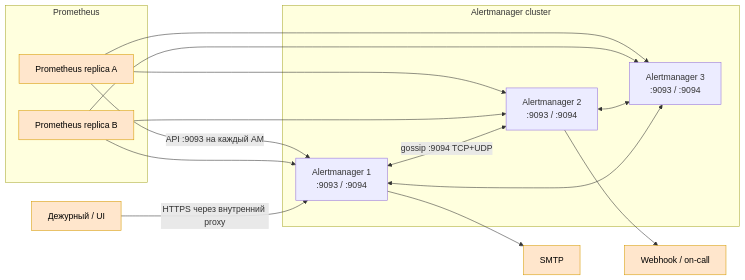
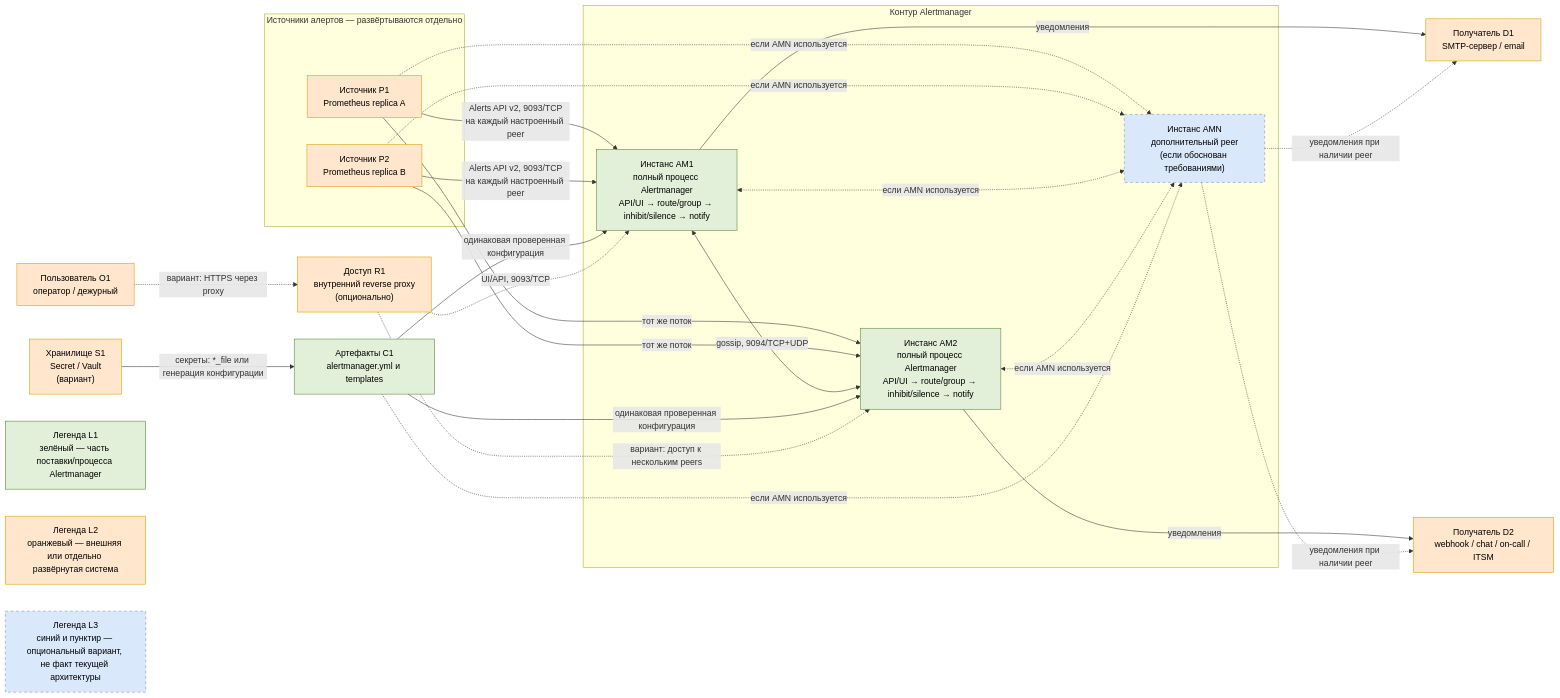
The diagram in Out/Платформенная инфра/AlterManager/AlterManager.md (StrannikE95/WORK-platform_companents), drawn with Mermaid before and after one commit. The commit also changed other lines of this file and 34 other files, not shown here.

````diff
--- a/Out/Платформенная инфра/AlterManager/AlterManager.md
+++ b/Out/Платформенная инфра/AlterManager/AlterManager.md
@@ -43,31 +43,57 @@
 ```mermaid
 flowchart LR
-  subgraph prom["Prometheus"]
-    P1["Prometheus replica A"]
-    P2["Prometheus replica B"]
+  subgraph sources["Источники алертов — развёртываются отдельно"]
+    P1["Источник P1<br/>Prometheus replica A"]
+    P2["Источник P2<br/>Prometheus replica B"]
   end
-  subgraph am["Alertmanager cluster"]
-    A1["Alertmanager 1\n:9093 / :9094"]
-    A2["Alertmanager 2\n:9093 / :9094"]
-    A3["Alertmanager 3\n:9093 / :9094"]
+
+  RP["Доступ R1<br/>внутренний reverse proxy<br/>(опционально)"]
+  OP["Пользователь O1<br/>оператор / дежурный"]
+  CFG["Артефакты C1<br/>alertmanager.yml и templates"]
+  SEC["Хранилище S1<br/>Secret / Vault<br/>(вариант)"]
+
+  subgraph cluster["Контур Alertmanager"]
+    A1["Инстанс AM1<br/>полный процесс Alertmanager<br/>API/UI → route/group → inhibit/silence → notify"]
+    A2["Инстанс AM2<br/>полный процесс Alertmanager<br/>API/UI → route/group → inhibit/silence → notify"]
+    A3["Инстанс AMN<br/>дополнительный peer<br/>(если обоснован требованиями)"]
   end
-  MAIL["SMTP"]
-  WEB["Webhook / on-call"]
-  USER["Дежурный / UI"]
 
-  P1 -->|"API :9093 на каждый AM"| A1
-  P1 --> A2
-  P1 --> A3
-  P2 --> A1
-  P2 --> A2
-  P2 --> A3
-  A1 <-->|"gossip :9094 TCP+UDP"| A2
-  A2 <--> A3
-  A1 <--> A3
-  A1 --> MAIL
-  A2 --> WEB
-  USER -->|"HTTPS через внутренний proxy"| A1
+  SMTP["Получатель D1<br/>SMTP-сервер / email"]
+  HOOK["Получатель D2<br/>webhook / chat / on-call / ITSM"]
 
+  P1 -->|"Alerts API v2, 9093/TCP<br/>на каждый настроенный peer"| A1
+  P1 -->|"тот же поток"| A2
+  P1 -.->|"если AMN используется"| A3
+  P2 -->|"Alerts API v2, 9093/TCP<br/>на каждый настроенный peer"| A1
+  P2 -->|"тот же поток"| A2
+  P2 -.->|"если AMN используется"| A3
+
+  A1 <-->|"gossip, 9094/TCP+UDP"| A2
+  A1 <-.->|"если AMN используется"| A3
+  A2 <-.->|"если AMN используется"| A3
+
+  CFG -->|"одинаковая проверенная конфигурация"| A1
+  CFG -->|"одинаковая проверенная конфигурация"| A2
+  CFG -.->|"если AMN используется"| A3
+  SEC -->|"секреты: *_file или генерация конфигурации"| CFG
+
+  A1 -->|"уведомления"| SMTP
+  A2 -->|"уведомления"| HOOK
+  A3 -.->|"уведомления при наличии peer"| SMTP
+  A3 -.->|"уведомления при наличии peer"| HOOK
+
+  OP -.->|"вариант: HTTPS через proxy"| RP
+  RP -.->|"UI/API, 9093/TCP"| A1
+  RP -.->|"вариант: доступ к нескольким peers"| A2
+
+  LP["Легенда L1<br/>зелёный — часть поставки/процесса Alertmanager"]
+  LE["Легенда L2<br/>оранжевый — внешняя или отдельно развёрнутая система"]
+  LV["Легенда L3<br/>синий и пунктир — опциональный вариант, не факт текущей архитектуры"]
+
+  classDef product fill:#e2f0d9,stroke:#548235,color:#000;
   classDef external fill:#ffe6cc,stroke:#d79b00,color:#000;
-  class P1,P2,MAIL,WEB,USER external;
+  classDef variant fill:#dae8fc,stroke:#6c8ebf,color:#000,stroke-dasharray:5 5;
+  class A1,A2,CFG,LP product;
+  class P1,P2,OP,RP,SEC,SMTP,HOOK,LE external;
+  class A3,LV variant;
 ```
````
